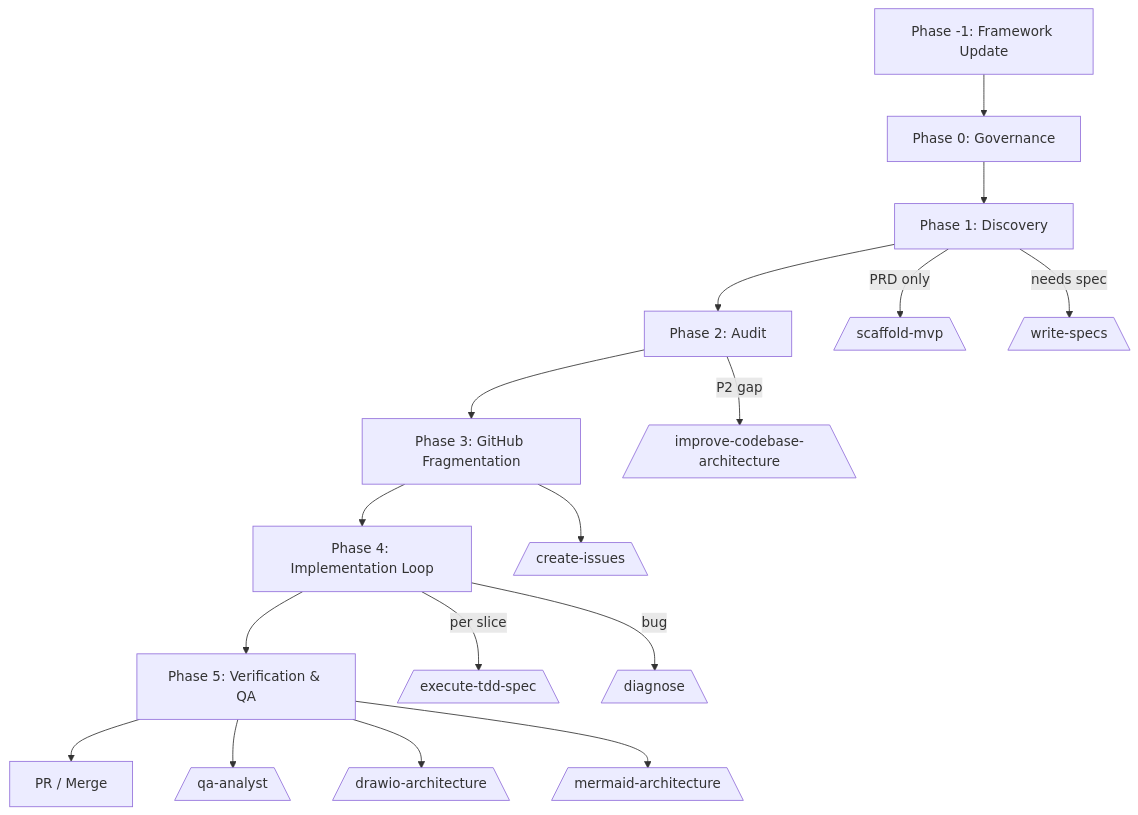
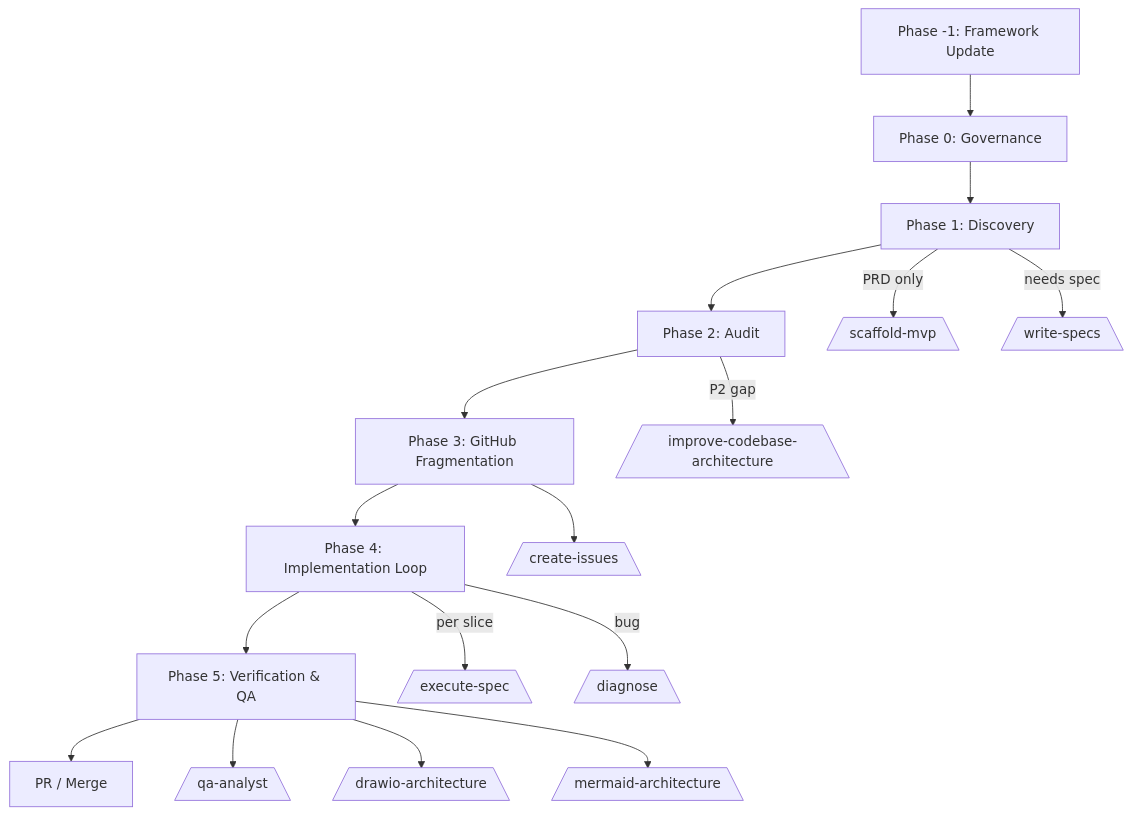
The diagram in README.md (afonsoft/skills), drawn with Mermaid before and after one commit. The commit also changed other lines of this file and 38 other files, not shown here.

First line of the commit message:
refactor(skills): rename execute-tdd-spec to execute-spec and bump minor versions

````diff
--- a/README.md
+++ b/README.md
@@ -105,20 +105,20 @@
 ```mermaid
 flowchart TD
     A[Phase -1: Framework Update] --> B[Phase 0: Governance]
     B --> C[Phase 1: Discovery]
     C --> D[Phase 2: Audit]
     D --> E[Phase 3: GitHub Fragmentation]
     E --> F[Phase 4: Implementation Loop]
     F --> G[Phase 5: Verification & QA]
     G --> H[PR / Merge]
 
     C -->|PRD only| I[/scaffold-mvp\]
     C -->|needs spec| J[/write-specs\]
     D -->|P2 gap| K[/improve-codebase-architecture\]
     E --> L[/create-issues\]
-    F -->|per slice| M[/execute-tdd-spec\]
+    F -->|per slice| M[/execute-spec\]
     F -->|bug| N[/diagnose\]
     G --> O[/qa-analyst\]
     G --> P[/drawio-architecture\]
     G --> Q[/mermaid-architecture\]
 ```
````
